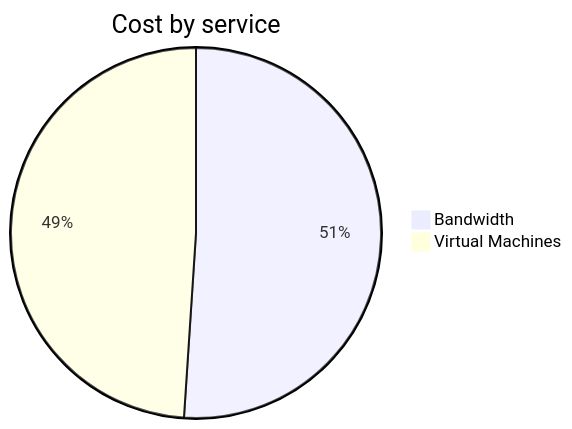
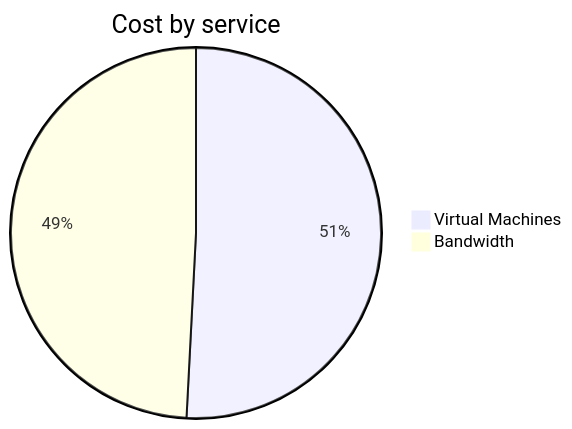
One commit to jpfulton/azure-personal-reports changed the second of 4 diagrams in cost-reports/personal-network/vpn-server.md. Above: the diagram before and after it, drawn with Mermaid. The commit also changed other lines of this file and 8 other files, not shown here.

````diff
--- a/cost-reports/personal-network/vpn-server.md
+++ b/cost-reports/personal-network/vpn-server.md
@@ -96,6 +96,6 @@
 ```mermaid
 pie
    title Cost by service
+   "Virtual Machines" : 2.80
    "Bandwidth" : 2.71
-   "Virtual Machines" : 2.60
 ```
````
